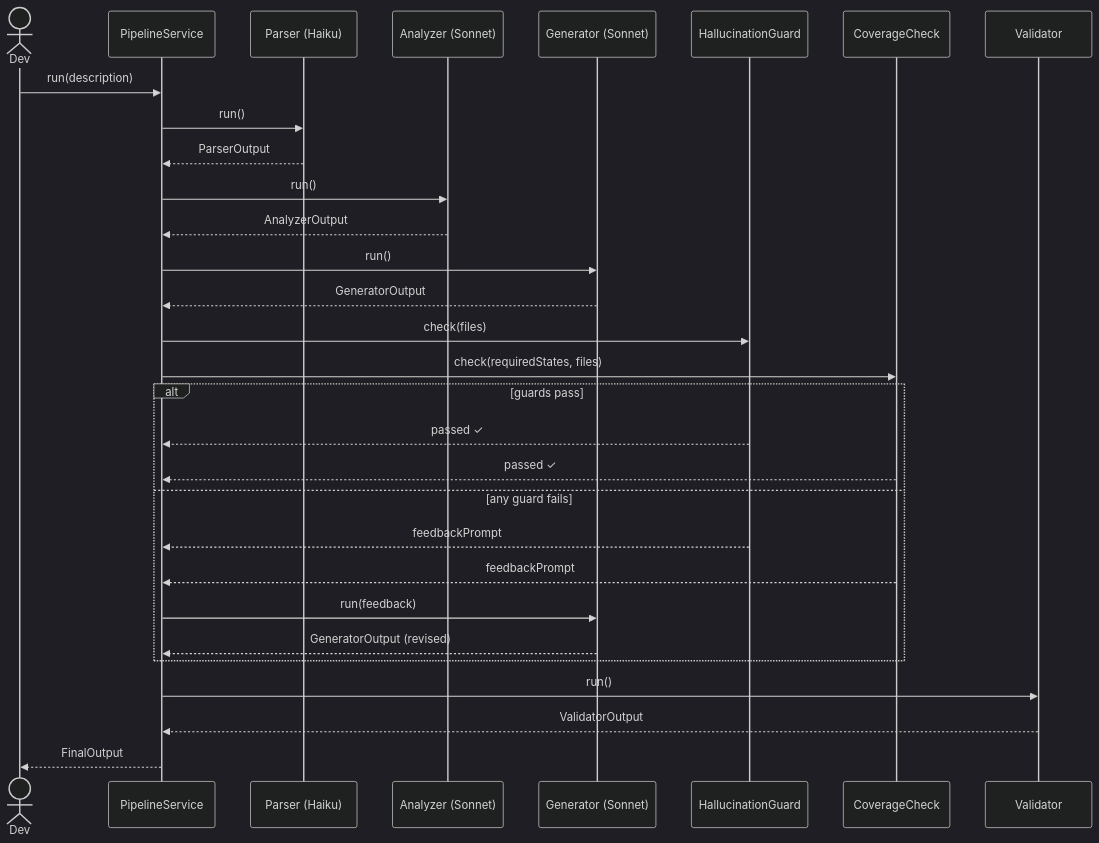
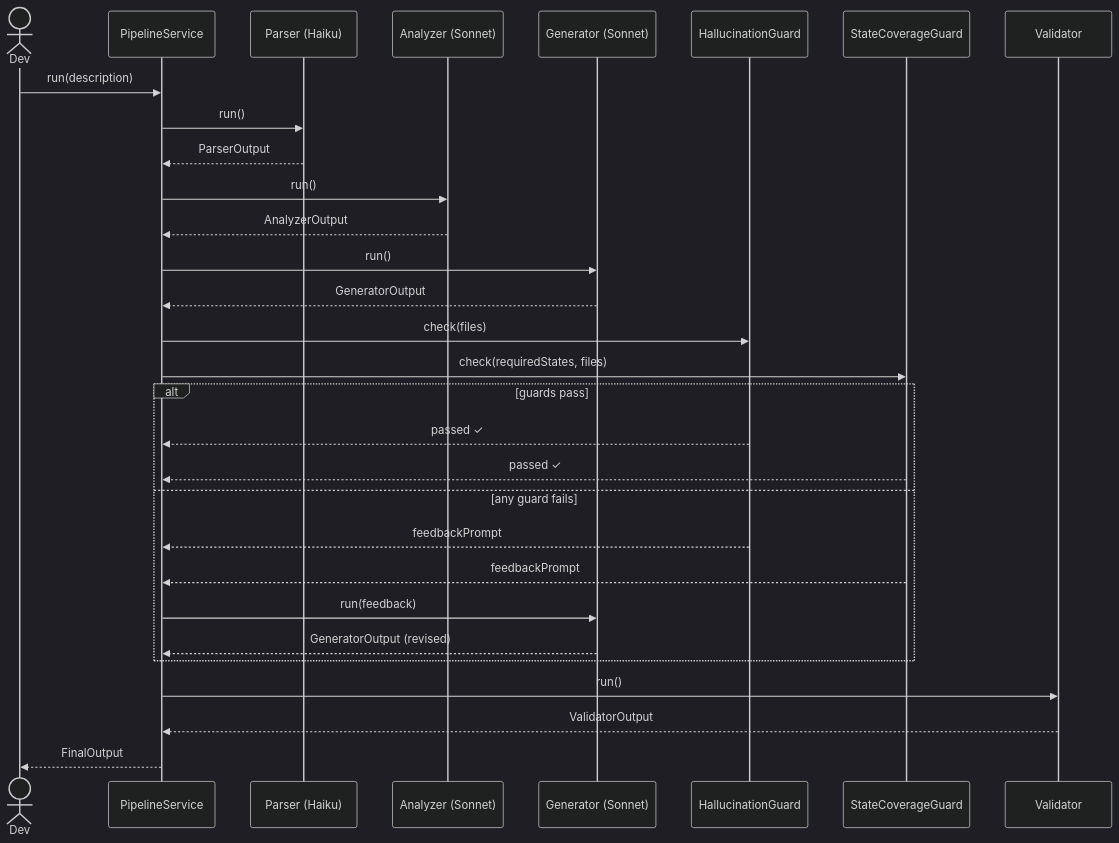
One commit to just3is-dev/unlimit-test changed the third of 3 diagrams in README.md. Above: the diagram before and after it, drawn with Mermaid (dark theme). The commit also changed other lines of this file and 16 other files, not shown here.

Commit message:
refactor: rename CoverageCheck to StateCoverageGuard

````diff
--- a/README.md
+++ b/README.md
@@ -128,38 +128,38 @@
 ```mermaid
 sequenceDiagram
     actor Dev
     participant PS as PipelineService
     participant PA as Parser (Haiku)
     participant AA as Analyzer (Sonnet)
     participant GA as Generator (Sonnet)
     participant HG as HallucinationGuard
-    participant CC as CoverageCheck
+    participant CC as StateCoverageGuard
     participant VA as Validator
 
     Dev->>PS: run(description)
     PS->>PA: run()
     PA-->>PS: ParserOutput
 
     PS->>AA: run()
     AA-->>PS: AnalyzerOutput
 
     PS->>GA: run()
     GA-->>PS: GeneratorOutput
 
     PS->>HG: check(files)
     PS->>CC: check(requiredStates, files)
 
     alt guards pass
         HG-->>PS: passed ✓
         CC-->>PS: passed ✓
     else any guard fails
         HG-->>PS: feedbackPrompt
         CC-->>PS: feedbackPrompt
         PS->>GA: run(feedback)
         GA-->>PS: GeneratorOutput (revised)
     end
 
     PS->>VA: run()
     VA-->>PS: ValidatorOutput
     PS-->>Dev: FinalOutput
 ```
````
